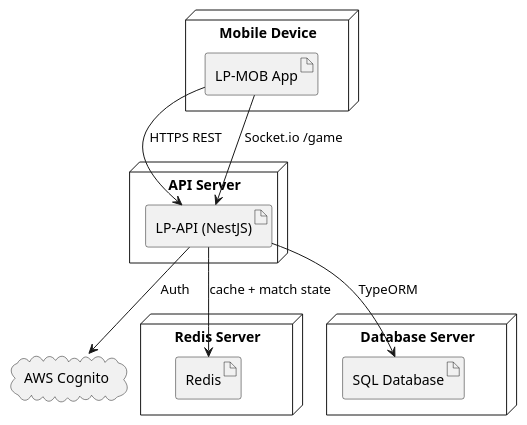
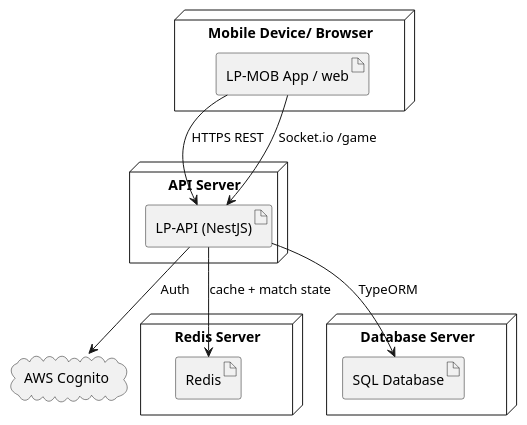
The diagram in docs/diagrams/deployment-diagram.puml (smyleface18/LinguaPlay), drawn with PlantUML before and after one commit. The commit also changed 9 other files, not shown here.

First line of the commit message:
docs: add technical/internal documentation, update diagrams and submodule refs

```diff
--- a/docs/diagrams/deployment-diagram.puml
+++ b/docs/diagrams/deployment-diagram.puml
@@ -1,28 +1,28 @@
 @startuml
 skinparam nodeStyle rectangle
 
-node "Mobile Device" as Device {
-  artifact "LP-MOB App" as MobileApp
+node "Mobile Device/ Browser" as Device {
+  artifact "LP-MOB App / web" as Frontend
 }
 
 node "API Server" as ApiServer {
   artifact "LP-API (NestJS)" as Api
 }
 
 node "Redis Server" as RedisNode {
   artifact "Redis" as Redis
 }
 
 node "Database Server" as DbNode {
   artifact "SQL Database" as DB
 }
 
 cloud "AWS Cognito" as Cognito
 
-MobileApp --> Api : HTTPS REST
-MobileApp --> Api : Socket.io /game
+Frontend --> Api : HTTPS REST
+Frontend --> Api : Socket.io /game
 Api --> Redis : cache + match state
 Api --> DB : TypeORM
 Api --> Cognito : Auth
 
 @enduml
```
